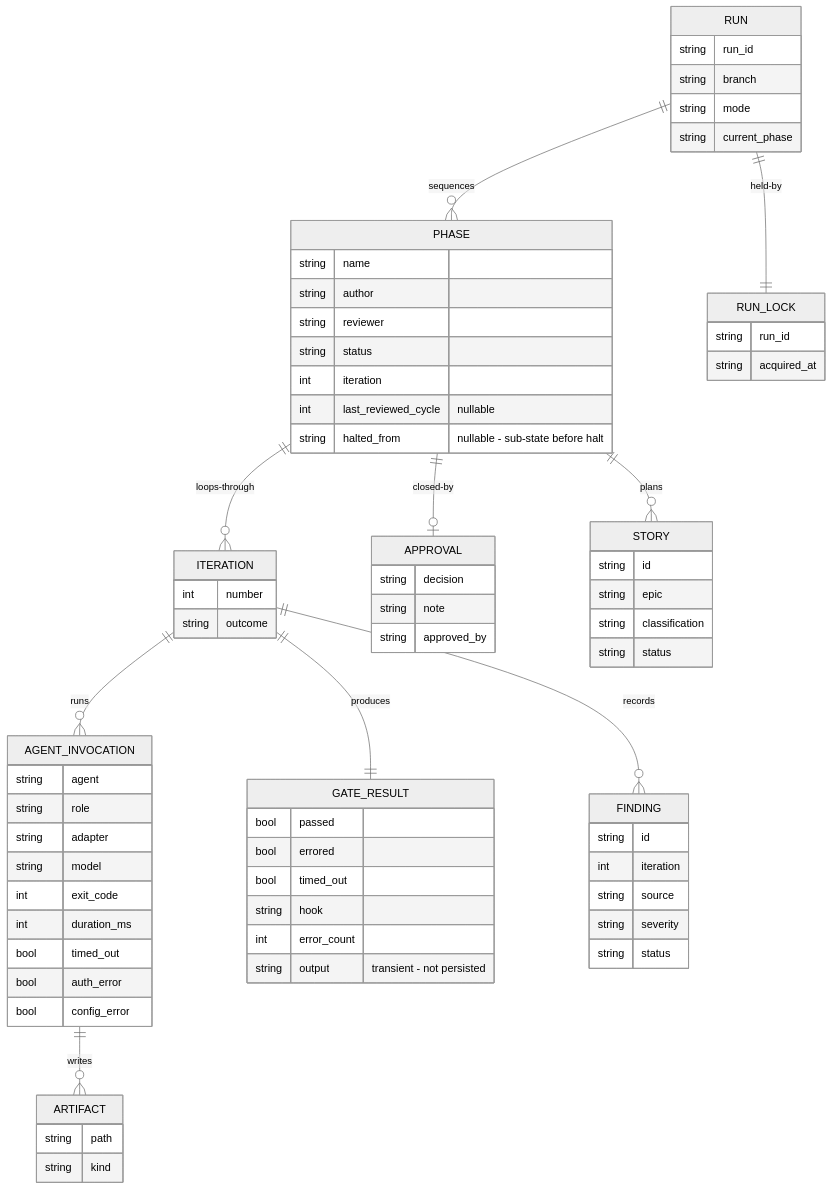
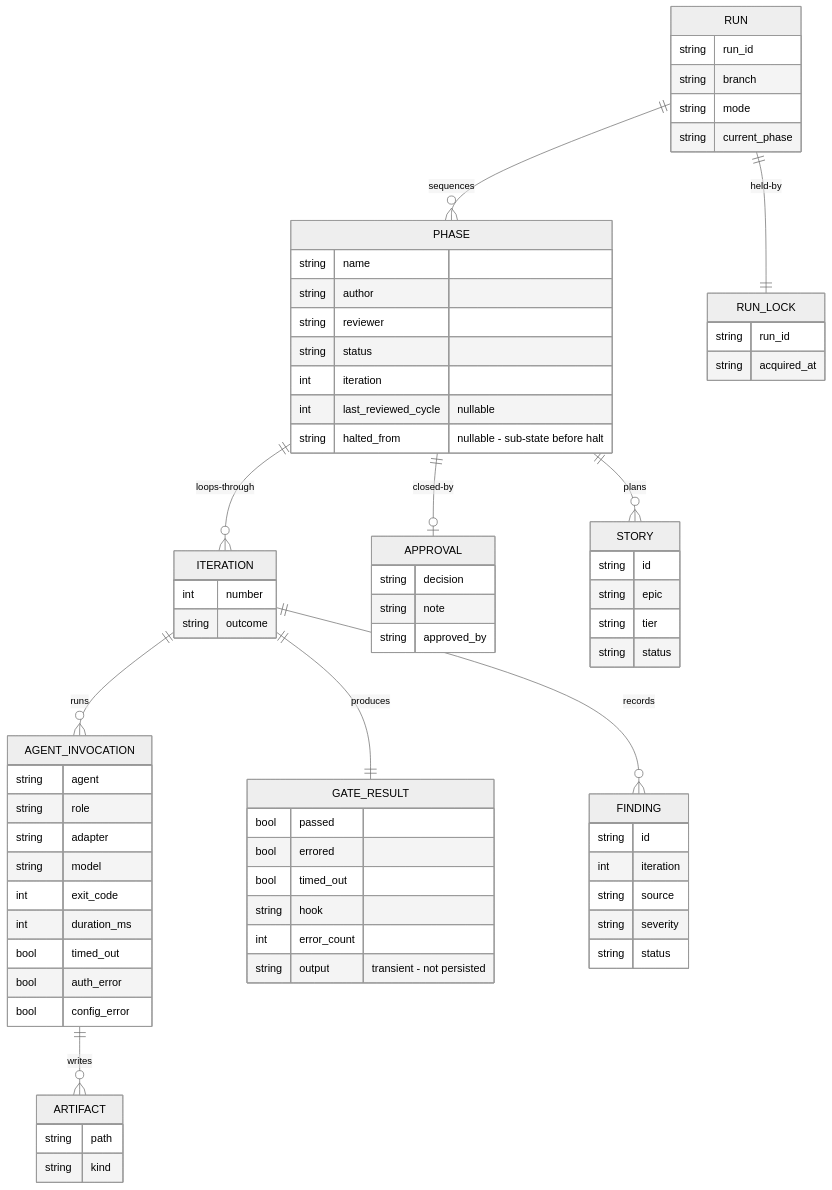
Before and after one commit to matthiasdaues/agent_factory: the first of 2 diagrams in orchestrator/docs/spec/supplementary_specs/entity-model.md, drawn with Mermaid (neutral theme). The commit also changed other lines of this file and 22 other files, not shown here.

First line of the commit message:
docs+fix: reconcile spec/architecture with tier-everywhere; fix arch-lint's ADR check

````diff
--- a/orchestrator/docs/spec/supplementary_specs/entity-model.md
+++ b/orchestrator/docs/spec/supplementary_specs/entity-model.md
@@ -5,77 +5,77 @@
 ```mermaid
 erDiagram
     RUN ||--o{ PHASE : sequences
     RUN ||--|| RUN_LOCK : held-by
     PHASE ||--o{ ITERATION : loops-through
     PHASE ||--o| APPROVAL : closed-by
     ITERATION ||--o{ AGENT_INVOCATION : runs
     ITERATION ||--|| GATE_RESULT : produces
     ITERATION ||--o{ FINDING : records
     AGENT_INVOCATION ||--o{ ARTIFACT : writes
     PHASE ||--o{ STORY : plans
 
     RUN {
         string run_id
         string branch
         string mode
         string current_phase
     }
     RUN_LOCK {
         string run_id
         string acquired_at
     }
     PHASE {
         string name
         string author
         string reviewer
         string status
         int    iteration
         int    last_reviewed_cycle "nullable"
         string halted_from "nullable - sub-state before halt"
     }
     ITERATION {
         int    number
         string outcome
     }
     AGENT_INVOCATION {
         string agent
         string role
         string adapter
         string model
         int    exit_code
         int    duration_ms
         bool   timed_out
         bool   auth_error
         bool   config_error
     }
     STORY {
         string id
         string epic
-        string classification
+        string tier
         string status
     }
     GATE_RESULT {
         bool   passed
         bool   errored
         bool   timed_out
         string hook
         int    error_count
         string output "transient - not persisted"
     }
     FINDING {
         string id
         int    iteration
         string source
         string severity
         string status
     }
     ARTIFACT {
         string path
         string kind
     }
     APPROVAL {
         string decision
         string note
         string approved_by
     }
 ```
````
